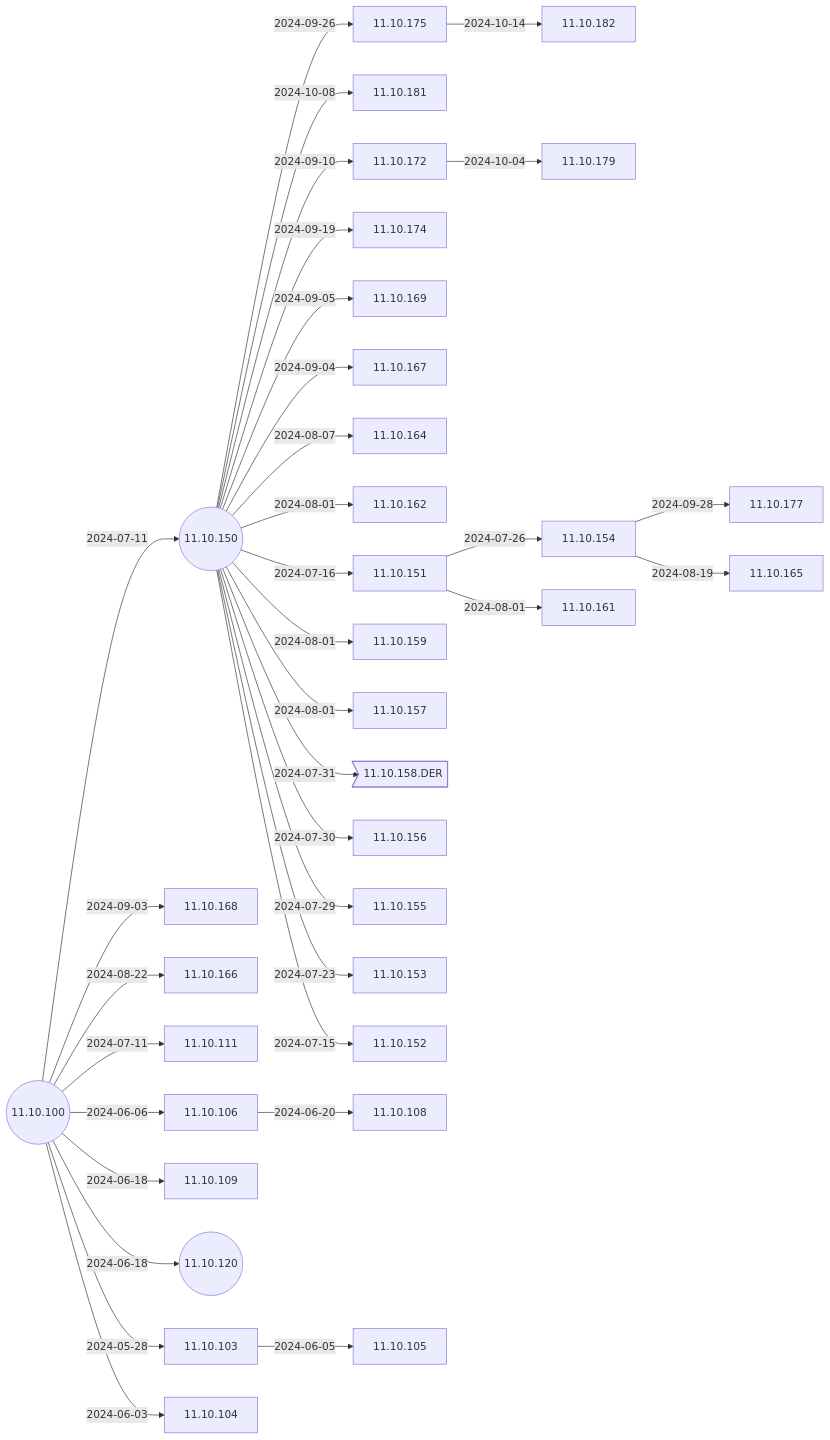
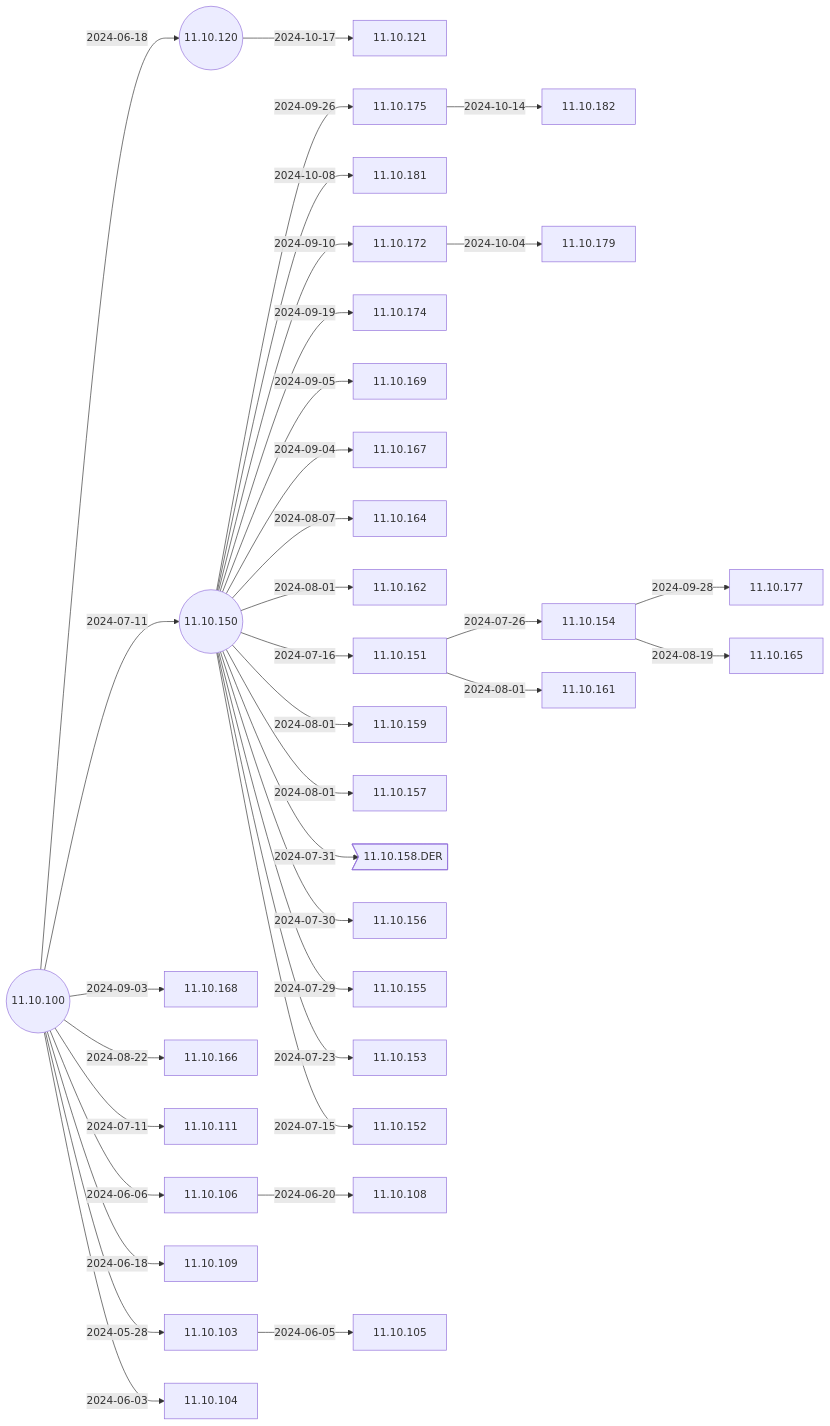
Before and after one commit to IGEL-Community/IGEL-Docs-v02: the second of 6 diagrams in docs/Docs/ReleaseNotes/01-OS11/README.md, drawn with Mermaid. The commit also changed 2 other files, not shown here.

Commit message:
11.10.121 < 11.10.120 11.10.121 < 11.10.120

````diff
--- a/docs/Docs/ReleaseNotes/01-OS11/README.md
+++ b/docs/Docs/ReleaseNotes/01-OS11/README.md
@@ -41,71 +41,73 @@
 ```mermaid
 flowchart LR
+    11.10.120-- 2024-10-17 -->11.10.121
     11.10.175-- 2024-10-14 -->11.10.182
     11.10.150-- 2024-10-08 -->11.10.181
     11.10.172-- 2024-10-04 -->11.10.179
     11.10.154-- 2024-09-28 -->11.10.177
     11.10.150-- 2024-09-26 -->11.10.175
     11.10.150-- 2024-09-19 -->11.10.174
     11.10.150-- 2024-09-10 -->11.10.172
     11.10.150-- 2024-09-05 -->11.10.169
     11.10.150-- 2024-09-04 -->11.10.167
     11.10.100-- 2024-09-03 -->11.10.168
     11.10.100-- 2024-08-22 -->11.10.166
     11.10.154-- 2024-08-19 -->11.10.165
     11.10.150-- 2024-08-07 -->11.10.164
     11.10.150-- 2024-08-01 -->11.10.162
     11.10.151-- 2024-08-01 -->11.10.161
     11.10.150-- 2024-08-01 -->11.10.159
     11.10.150-- 2024-08-01 -->11.10.157
     11.10.150-- 2024-07-31 -->11.10.158.DER>11.10.158.DER]
     11.10.150-- 2024-07-30 -->11.10.156
     11.10.150-- 2024-07-29 -->11.10.155
     11.10.151-- 2024-07-26 -->11.10.154
     11.10.150-- 2024-07-23 -->11.10.153
     11.10.150-- 2024-07-16 -->11.10.151
     11.10.150-- 2024-07-15 -->11.10.152
     11.10.100-- 2024-07-11 -->11.10.150((11.10.150))
     11.10.100-- 2024-07-11 -->11.10.111
     11.10.106-- 2024-06-20 -->11.10.108
     11.10.100-- 2024-06-18 -->11.10.109
     11.10.100-- 2024-06-18 -->11.10.120((11.10.120))
     11.10.100-- 2024-06-06 -->11.10.106
     11.10.103-- 2024-06-05 -->11.10.105
     11.10.100-- 2024-06-03 -->11.10.104
     11.10.100-- 2024-05-28 -->11.10.103
     11.10.100((11.10.100))
+    click 11.10.121 "https://github.com/IGEL-Community/IGEL-Docs-v02/tree/main/docs/Docs/ReleaseNotes/01-OS11/readme11.10.121.txt" _blank
     click 11.10.182 "https://github.com/IGEL-Community/IGEL-Docs-v02/tree/main/docs/Docs/ReleaseNotes/01-OS11/readme11.10.182.txt" _blank
     click 11.10.181 "https://github.com/IGEL-Community/IGEL-Docs-v02/tree/main/docs/Docs/ReleaseNotes/01-OS11/readme11.10.181.txt" _blank
     click 11.10.179 "https://github.com/IGEL-Community/IGEL-Docs-v02/tree/main/docs/Docs/ReleaseNotes/01-OS11/readme11.10.179.txt" _blank
     click 11.10.177 "https://github.com/IGEL-Community/IGEL-Docs-v02/tree/main/docs/Docs/ReleaseNotes/01-OS11/readme11.10.177.txt" _blank
     click 11.10.175 "https://github.com/IGEL-Community/IGEL-Docs-v02/tree/main/docs/Docs/ReleaseNotes/01-OS11/readme11.10.175.txt" _blank
     click 11.10.174 "https://github.com/IGEL-Community/IGEL-Docs-v02/tree/main/docs/Docs/ReleaseNotes/01-OS11/readme11.10.174.txt" _blank
     click 11.10.172 "https://github.com/IGEL-Community/IGEL-Docs-v02/tree/main/docs/Docs/ReleaseNotes/01-OS11/readme11.10.172.txt" _blank
     click 11.10.169 "https://github.com/IGEL-Community/IGEL-Docs-v02/tree/main/docs/Docs/ReleaseNotes/01-OS11/readme11.10.169.txt" _blank
     click 11.10.167 "https://github.com/IGEL-Community/IGEL-Docs-v02/tree/main/docs/Docs/ReleaseNotes/01-OS11/readme11.10.167.txt" _blank
     click 11.10.168 "https://github.com/IGEL-Community/IGEL-Docs-v02/tree/main/docs/Docs/ReleaseNotes/01-OS11/readme11.10.168.txt" _blank
     click 11.10.166 "https://github.com/IGEL-Community/IGEL-Docs-v02/tree/main/docs/Docs/ReleaseNotes/01-OS11/readme11.10.166.txt" _blank
     click 11.10.165 "https://github.com/IGEL-Community/IGEL-Docs-v02/tree/main/docs/Docs/ReleaseNotes/01-OS11/readme11.10.165.txt" _blank
     click 11.10.164 "https://github.com/IGEL-Community/IGEL-Docs-v02/tree/main/docs/Docs/ReleaseNotes/01-OS11/readme11.10.164.txt" _blank
     click 11.10.162 "https://github.com/IGEL-Community/IGEL-Docs-v02/tree/main/docs/Docs/ReleaseNotes/01-OS11/readme11.10.162.txt" _blank
     click 11.10.161 "https://github.com/IGEL-Community/IGEL-Docs-v02/tree/main/docs/Docs/ReleaseNotes/01-OS11/readme11.10.161.txt" _blank
     click 11.10.159 "https://github.com/IGEL-Community/IGEL-Docs-v02/tree/main/docs/Docs/ReleaseNotes/01-OS11/readme11.10.159.txt" _blank
     click 11.10.157 "https://github.com/IGEL-Community/IGEL-Docs-v02/tree/main/docs/Docs/ReleaseNotes/01-OS11/readme11.10.157.txt" _blank
     click 11.10.158.DER "https://github.com/IGEL-Community/IGEL-Docs-v02/tree/main/docs/Docs/ReleaseNotes/01-OS11/readme11.10.158.DER.txt" _blank
     click 11.10.156 "https://github.com/IGEL-Community/IGEL-Docs-v02/tree/main/docs/Docs/ReleaseNotes/01-OS11/readme11.10.156.txt" _blank
     click 11.10.155 "https://github.com/IGEL-Community/IGEL-Docs-v02/tree/main/docs/Docs/ReleaseNotes/01-OS11/readme11.10.155.txt" _blank
     click 11.10.154 "https://github.com/IGEL-Community/IGEL-Docs-v02/tree/main/docs/Docs/ReleaseNotes/01-OS11/readme11.10.154.txt" _blank
     click 11.10.153 "https://github.com/IGEL-Community/IGEL-Docs-v02/tree/main/docs/Docs/ReleaseNotes/01-OS11/readme11.10.153.txt" _blank
     click 11.10.151 "https://github.com/IGEL-Community/IGEL-Docs-v02/tree/main/docs/Docs/ReleaseNotes/01-OS11/readme11.10.151.txt" _blank
     click 11.10.152 "https://github.com/IGEL-Community/IGEL-Docs-v02/tree/main/docs/Docs/ReleaseNotes/01-OS11/readme11.10.152.txt" _blank
     click 11.10.111 "https://github.com/IGEL-Community/IGEL-Docs-v02/tree/main/docs/Docs/ReleaseNotes/01-OS11/readme11.10.111.txt" _blank
     click 11.10.150 "https://github.com/IGEL-Community/IGEL-Docs-v02/tree/main/docs/Docs/ReleaseNotes/01-OS11/readme11.10.150.txt" _blank
     click 11.10.108 "https://github.com/IGEL-Community/IGEL-Docs-v02/tree/main/docs/Docs/ReleaseNotes/01-OS11/readme11.10.108.txt" _blank
     click 11.10.109 "https://github.com/IGEL-Community/IGEL-Docs-v02/tree/main/docs/Docs/ReleaseNotes/01-OS11/readme11.10.109.txt" _blank
     click 11.10.120 "https://github.com/IGEL-Community/IGEL-Docs-v02/tree/main/docs/Docs/ReleaseNotes/01-OS11/readme11.10.120.txt" _blank
     click 11.10.106 "https://github.com/IGEL-Community/IGEL-Docs-v02/tree/main/docs/Docs/ReleaseNotes/01-OS11/readme11.10.106.txt" _blank
     click 11.10.105 "https://github.com/IGEL-Community/IGEL-Docs-v02/tree/main/docs/Docs/ReleaseNotes/01-OS11/readme11.10.105.txt" _blank
     click 11.10.104 "https://github.com/IGEL-Community/IGEL-Docs-v02/tree/main/docs/Docs/ReleaseNotes/01-OS11/readme11.10.104.txt" _blank
     click 11.10.103 "https://github.com/IGEL-Community/IGEL-Docs-v02/tree/main/docs/Docs/ReleaseNotes/01-OS11/readme11.10.103.txt" _blank
     click 11.10.100 "https://github.com/IGEL-Community/IGEL-Docs-v02/tree/main/docs/Docs/ReleaseNotes/01-OS11/readme11.10.100.txt" _blank
 ```
````
